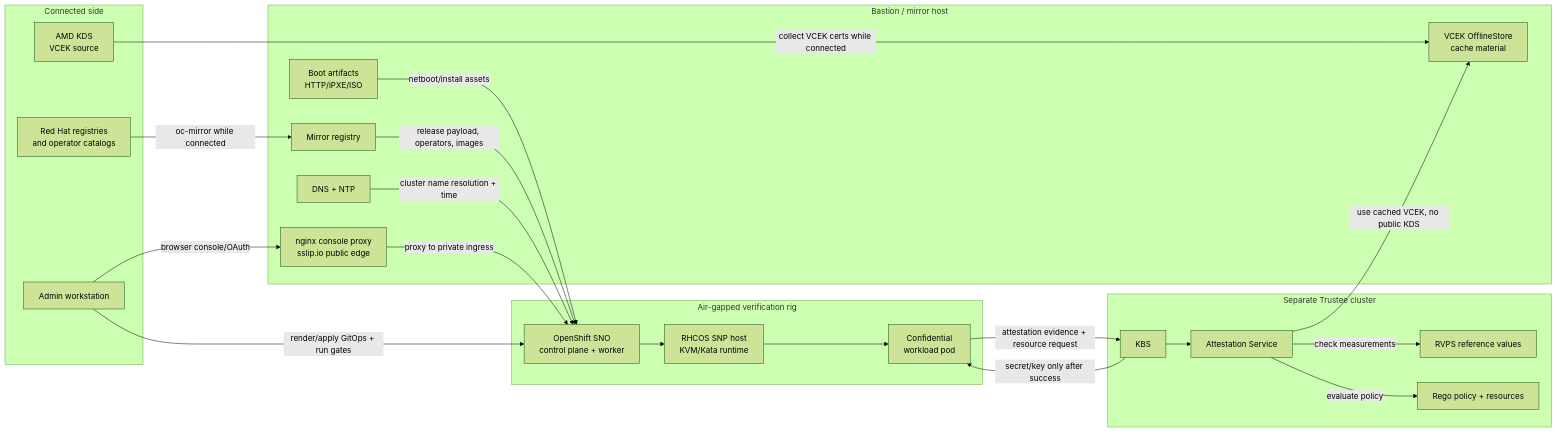
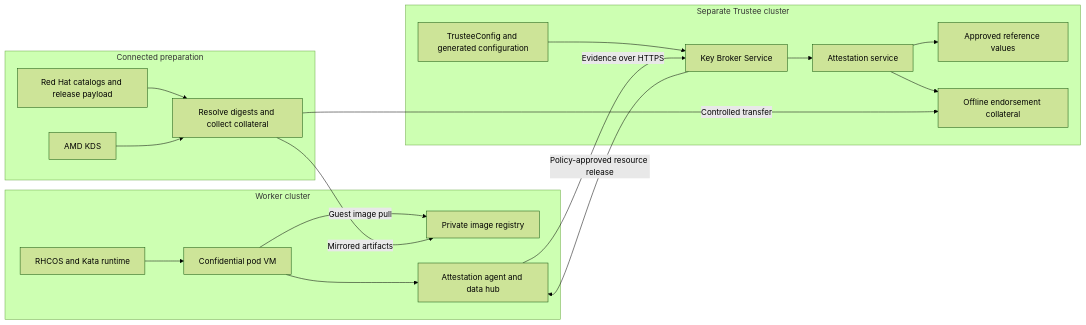
The first of 3 diagrams in docs/architecture.md (shpwrck/openshift-confidential-containers), drawn with Mermaid (forest theme) before and after one commit. The commit also changed other lines of this file and 107 other files, not shown here.

Commit message:
Modernize AMD confidential-container setup and proof workflow

````diff
--- a/docs/architecture.md
+++ b/docs/architecture.md
@@ -16,45 +7,34 @@
 ```mermaid
 flowchart LR
-  subgraph Connected[Connected side]
-    RH[Red Hat registries\nand operator catalogs]
-    AMD[AMD KDS\nVCEK source]
-    Admin[Admin workstation]
+  subgraph Connected[Connected preparation]
+    Sources[Red Hat catalogs and release payload]
+    Vendor[AMD KDS]
+    Tools[Resolve digests and collect collateral]
+    Sources --> Tools
+    Vendor --> Tools
   end
-
-  subgraph Bastion[Bastion / mirror host]
-    Mirror[Mirror registry]
-    DNS[DNS + NTP]
-    Boot[Boot artifacts\nHTTP/iPXE/ISO]
-    ConsoleProxy[nginx console proxy\nsslip.io public edge]
-    Cache[VCEK OfflineStore\ncache material]
+  subgraph WorkerDomain[Worker cluster]
+    Mirror[Private image registry]
+    Host[RHCOS and Kata runtime]
+    Guest[Confidential pod VM]
+    AA[Attestation agent and data hub]
+    Host --> Guest
+    Guest --> AA
+    Guest -->|Guest image pull| Mirror
   end
-
-  subgraph Airgap[Air-gapped verification rig]
-    SNO[OpenShift SNO\ncontrol plane + worker]
-    RHCOS[RHCOS SNP host\nKVM/Kata runtime]
-    CoCo[Confidential\nworkload pod]
+  subgraph TrusteeDomain[Separate Trustee cluster]
+    TC[TrusteeConfig and generated configuration]
+    KBS[Key Broker Service]
+    AS[Attestation service]
+    RVPS[Approved reference values]
+    Offline[Offline endorsement collateral]
+    TC --> KBS
+    KBS --> AS
+    AS --> RVPS
+    AS --> Offline
   end
-
-  subgraph TrusteeCluster[Separate Trustee cluster]
-    KBS[KBS]
-    AS[Attestation Service]
-    RVPS[RVPS reference values]
-    Policy[Rego policy + resources]
-  end
-
-  RH -->|oc-mirror while connected| Mirror
-  AMD -->|collect VCEK certs while connected| Cache
-  Admin -->|render/apply GitOps + run gates| SNO
-  Admin -->|browser console/OAuth| ConsoleProxy
-  Boot -->|netboot/install assets| SNO
-  Mirror -->|release payload, operators, images| SNO
-  DNS -->|cluster name resolution + time| SNO
-  ConsoleProxy -->|proxy to private ingress| SNO
-  SNO --> RHCOS --> CoCo
-  CoCo -->|attestation evidence + resource request| KBS
-  KBS --> AS
-  AS -->|check measurements| RVPS
-  AS -->|evaluate policy| Policy
-  AS -->|use cached VCEK, no public KDS| Cache
-  KBS -->|secret/key only after success| CoCo
+  Tools -->|Mirrored artifacts| Mirror
+  Tools -->|Controlled transfer| Offline
+  AA -->|Evidence over HTTPS| KBS
+  KBS -->|Policy-approved resource release| AA
 ```
````
